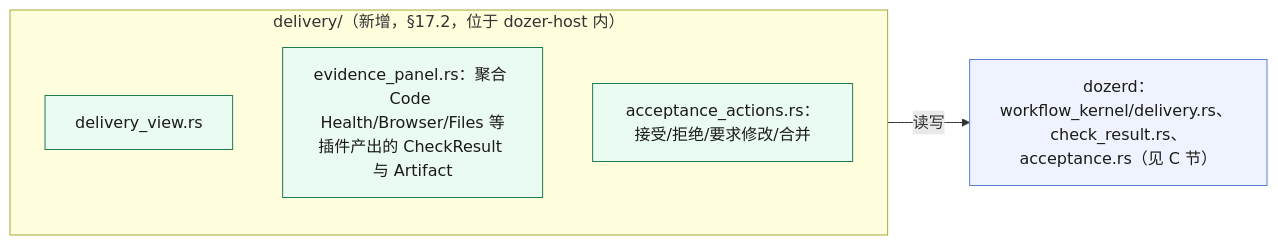
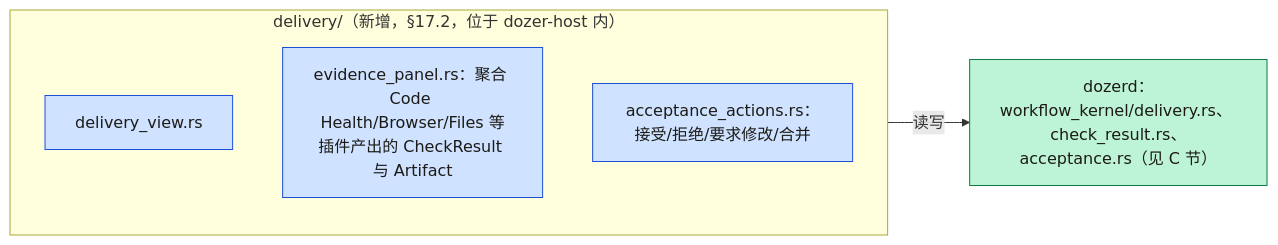
One commit to byteboyai/dozer changed the ninth of 14 diagrams in docs/dozer-v2/dozer-v2静态结构图.md. Above: the diagram before and after it, drawn with Mermaid. The commit also changed other lines of this file and 1 other file, not shown here.

Commit message:
docs(dozer-v2): 更新架构分析与静态结构图

````diff
--- a/docs/dozer-v2/dozer-v2静态结构图.md
+++ b/docs/dozer-v2/dozer-v2静态结构图.md
@@ -912,16 +915,16 @@
 ```mermaid
 flowchart LR
   subgraph delivery_mod["delivery/（新增，§17.2，位于 dozer-host 内）"]
     direction TB
     dv_view["delivery_view.rs"]
     dv_evidence["evidence_panel.rs：聚合 Code Health/Browser/Files 等插件产出的 CheckResult 与 Artifact"]
     dv_actions["acceptance_actions.rs：接受/拒绝/要求修改/合并"]
   end
 
   delivery_mod -->|"读写"| kernel_ref2["dozerd：workflow_kernel/delivery.rs、 check_result.rs、acceptance.rs（见 C 节）"]
 
   class dv_view,dv_evidence,dv_actions newcrate
   class kernel_ref2 existing
-  classDef newcrate fill:#eafbf2,stroke:#1f7a52,color:#1c1b17;
-  classDef existing fill:#eef3ff,stroke:#5b7fd1,color:#1c1b17;
+  classDef newcrate fill:#cfe2ff,stroke:#1d4ed8,color:#1c1b17;
+  classDef existing fill:#bdf3d6,stroke:#0f7a45,color:#1c1b17;
 ```
````
